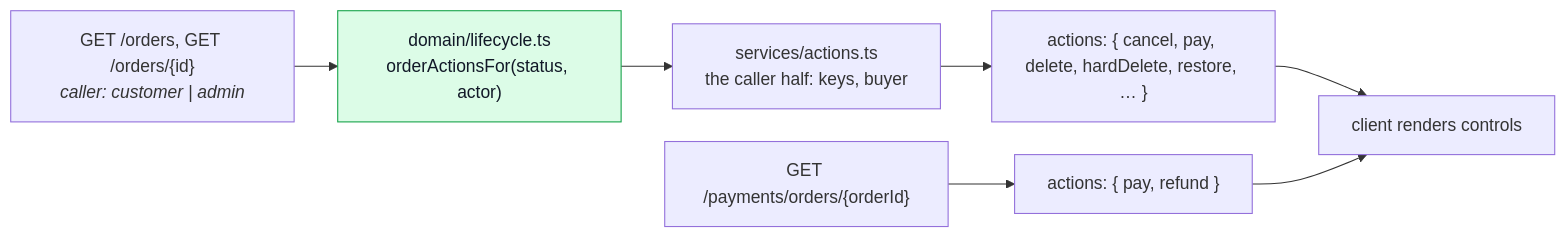
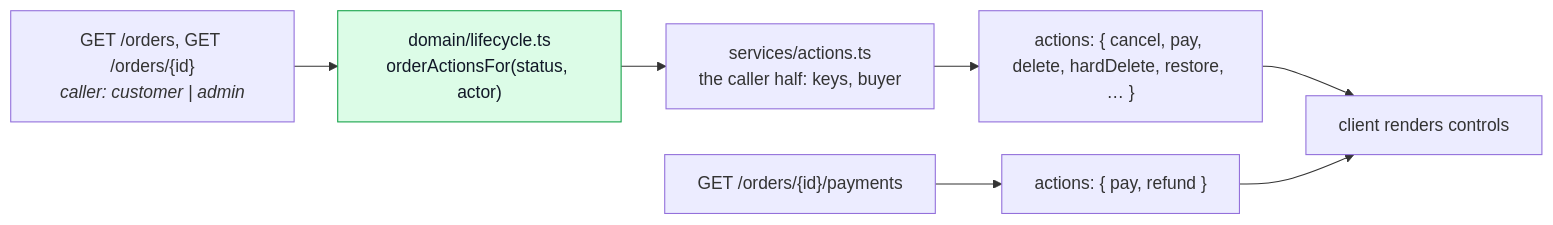
One commit to Guebbit/boilerplate-node-backend changed the seventh of 12 diagrams in docs/theory/tactical-ddd.md. Above: the diagram before and after it, drawn with Mermaid. The commit also changed 16 other files, not shown here.

First line of the commit message:
feat(payments)!: list an order's payments at GET /orders/{id}/payments

````diff
--- a/docs/theory/tactical-ddd.md
+++ b/docs/theory/tactical-ddd.md
@@ -315,13 +315,13 @@
 ```mermaid
 %%{init: {'flowchart': {'nodeSpacing': 30, 'rankSpacing': 40}}}%%
 flowchart LR
     REQ["GET /orders, GET /orders/{id}<br/><i>caller: customer | admin</i>"] --> L["domain/lifecycle.ts<br/>orderActionsFor(status, actor)"]
     L --> C["services/actions.ts<br/>the caller half: keys, buyer"]
     C --> A["actions: { cancel, pay, delete, hardDelete, restore, … }"]
-    REQ2["GET /payments/orders/{orderId}"] --> PA["actions: { pay, refund }"]
+    REQ2["GET /orders/{id}/payments"] --> PA["actions: { pay, refund }"]
     A --> UI["client renders controls"]
     PA --> UI
 
     classDef pure fill:#dcfce7,stroke:#16a34a,color:#111827;
     class L pure;
 ```
````
